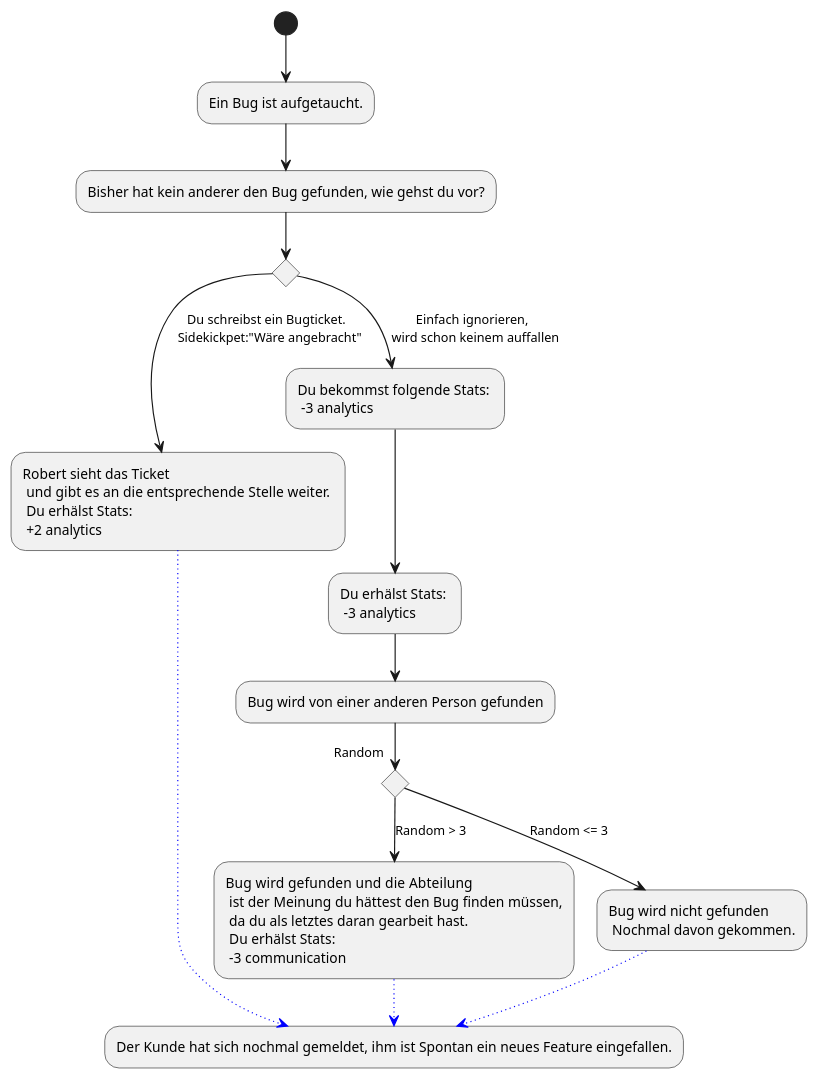
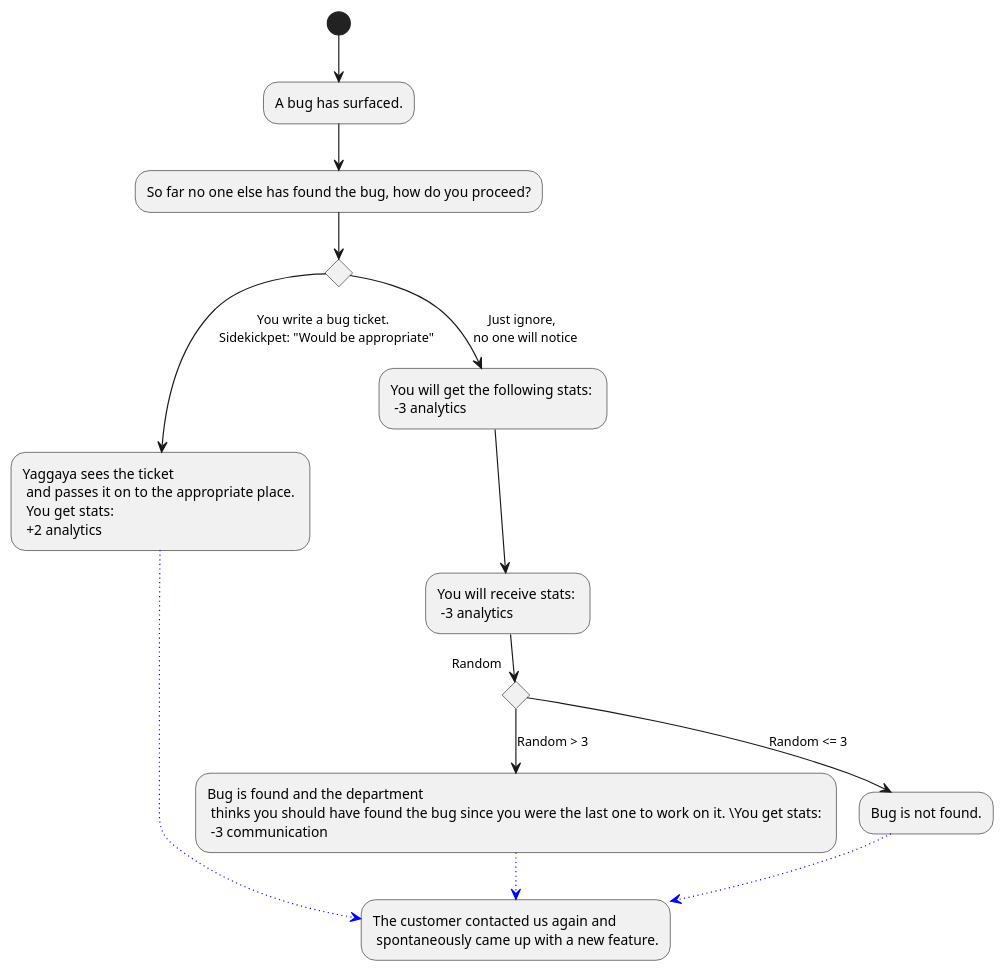
The diagram in Docs/Technical Specifications/docs/diagrams/StoryFlow/StoryFlow_Decision_12.puml (Brotenko/QualityQuest), drawn with PlantUML before and after one commit. The commit also changed 14 other files, not shown here.

```diff
--- a/Docs/Technical Specifications/docs/diagrams/StoryFlow/StoryFlow_Decision_12.puml
+++ b/Docs/Technical Specifications/docs/diagrams/StoryFlow/StoryFlow_Decision_12.puml
@@ -1,20 +1,19 @@
 @startuml
-(*) --> "Ein Bug ist aufgetaucht."
---> "Bisher hat kein anderer den Bug gefunden, wie gehst du vor?"
+(*) --> "A bug has surfaced."
+--> "So far no one else has found the bug, how do you proceed?"
 if "" then 
---> [Du schreibst ein Bugticket. \n Sidekickpet:"Wäre angebracht"] "Robert sieht das Ticket \n und gibt es an die entsprechende Stelle weiter. \n Du erhälst Stats: \n +2 analytics" as y
+--> [You write a bug ticket. \n Sidekickpet: "Would be appropriate"] "Yaggaya sees the ticket \n and passes it on to the appropriate place. \n You get stats: \n +2 analytics" as y
 else
---> [Einfach ignorieren, \n wird schon keinem auffallen] "Du bekommst folgende Stats: \n -3 analytics" as x
+--> [Just ignore, \n no one will notice] "You will get the following stats: \n -3 analytics" as x
 endif
---> "Du erhälst Stats: \n -3 analytics"
---> "Bug wird von einer anderen Person gefunden" as z
+--> "You will receive stats: \n -3 analytics"
 if "Random" then
---> [Random > 3] "Bug wird gefunden  und die Abteilung \n ist der Meinung du hättest den Bug finden müssen,\n da du als letztes daran gearbeit hast. \n Du erhälst Stats: \n -3 communication" as p
+--> [Random > 3] "Bug is found and the department \n thinks you should have found the bug since you were the last one to work on it. \You get stats: \n -3 communication" as p
 
 else
---> [Random <= 3] "Bug wird nicht gefunden \n Nochmal davon gekommen."
--[#blue,dotted]-> "Der Kunde hat sich nochmal gemeldet, ihm ist Spontan ein neues Feature eingefallen." as f 
+--> [Random <= 3] "Bug is not found."
+-[#blue,dotted]-> "The customer contacted us again and \n spontaneously came up with a new feature." as f 
 endif
 p -[#blue,dotted]-> f
 y -[#blue,dotted]-> f
 @enduml
```
